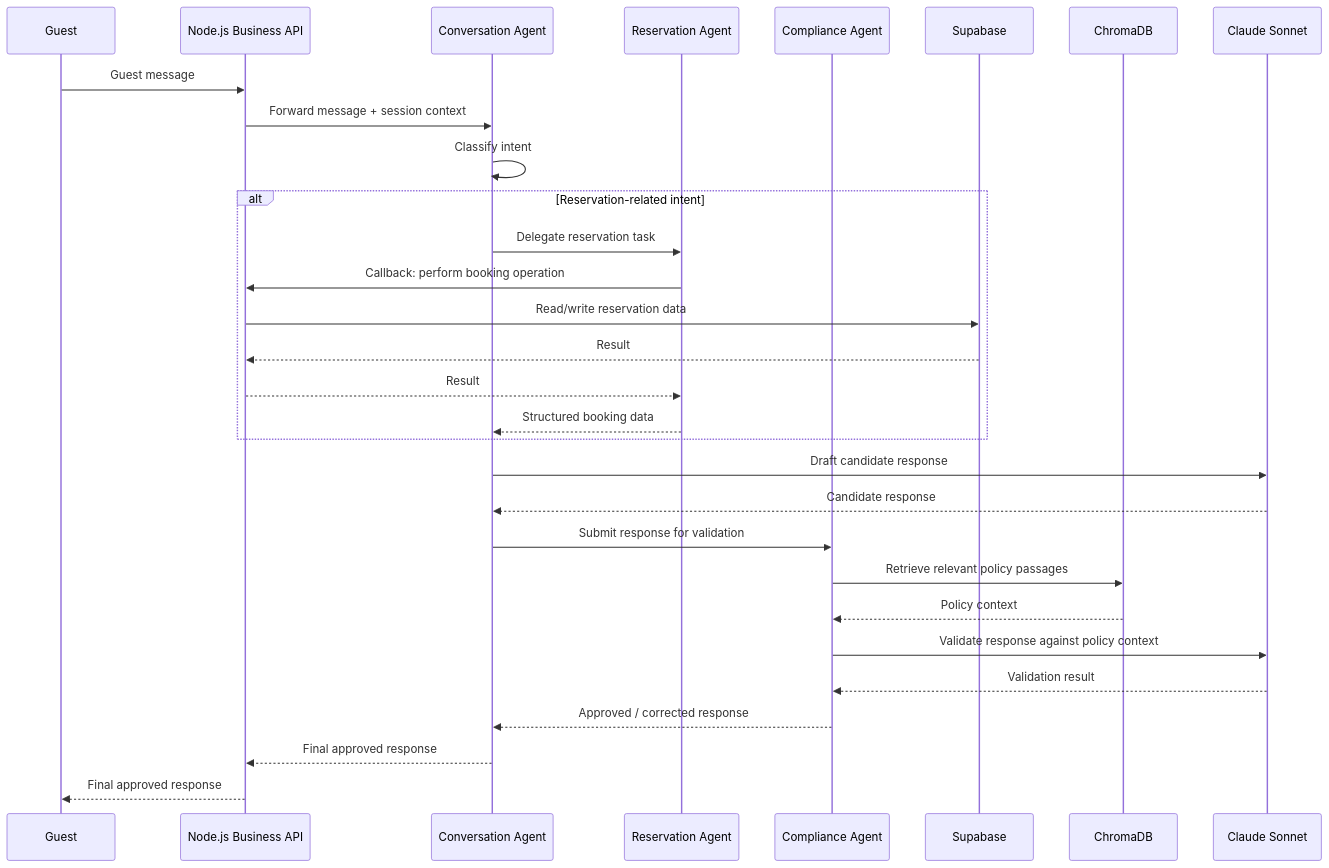
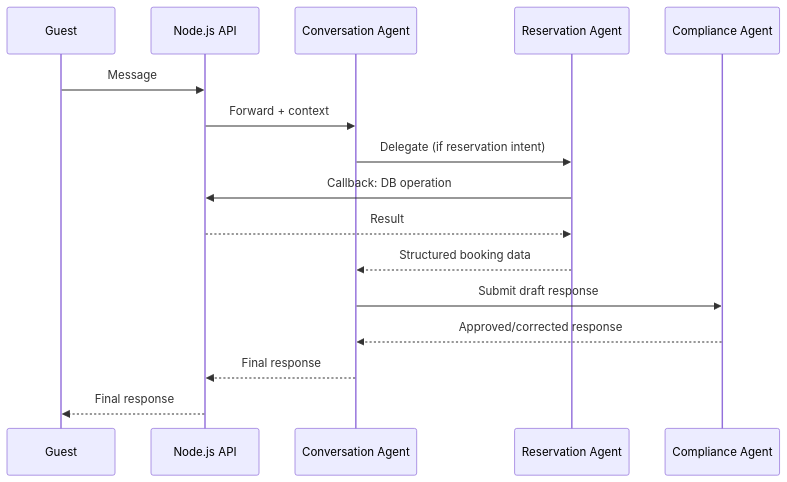
The third of 8 diagrams in docs/architecture/architecture.md (AmoghPai19/Multi-Agent-AI-Hotel-Support-System), drawn with Mermaid before and after one commit. The commit also changed other lines of this file and 1 other file, not shown here.

Commit message:
Added project vision, technology decisions, architecture, and workflow specifications

````diff
--- a/docs/architecture/architecture.md
+++ b/docs/architecture/architecture.md
@@ -162,33 +107,18 @@
 ```mermaid
 sequenceDiagram
     participant G as Guest
-    participant N as Node.js Business API
+    participant N as Node.js API
     participant C as Conversation Agent
     participant R as Reservation Agent
     participant CO as Compliance Agent
-    participant S as Supabase
-    participant V as ChromaDB
-    participant L as Claude Sonnet
-
-    G->>N: Guest message
-    N->>C: Forward message + session context
-    C->>C: Classify intent
-    alt Reservation-related intent
-        C->>R: Delegate reservation task
-        R->>N: Callback: perform booking operation
-        N->>S: Read/write reservation data
-        S-->>N: Result
-        N-->>R: Result
-        R-->>C: Structured booking data
-    end
-    C->>L: Draft candidate response
-    L-->>C: Candidate response
-    C->>CO: Submit response for validation
-    CO->>V: Retrieve relevant policy passages
-    V-->>CO: Policy context
-    CO->>L: Validate response against policy context
-    L-->>CO: Validation result
-    CO-->>C: Approved / corrected response
-    C-->>N: Final approved response
-    N-->>G: Final approved response
+    G->>N: Message
+    N->>C: Forward + context
+    C->>R: Delegate (if reservation intent)
+    R->>N: Callback: DB operation
+    N-->>R: Result
+    R-->>C: Structured booking data
+    C->>CO: Submit draft response
+    CO-->>C: Approved/corrected response
+    C-->>N: Final response
+    N-->>G: Final response
 ```
````
